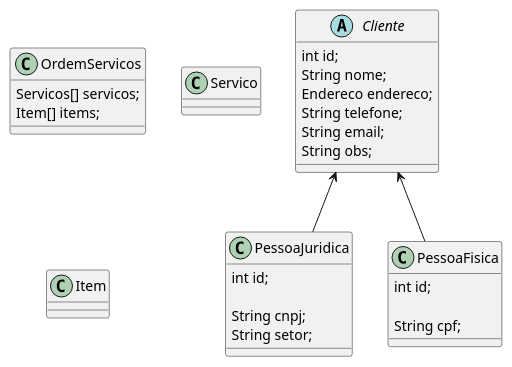
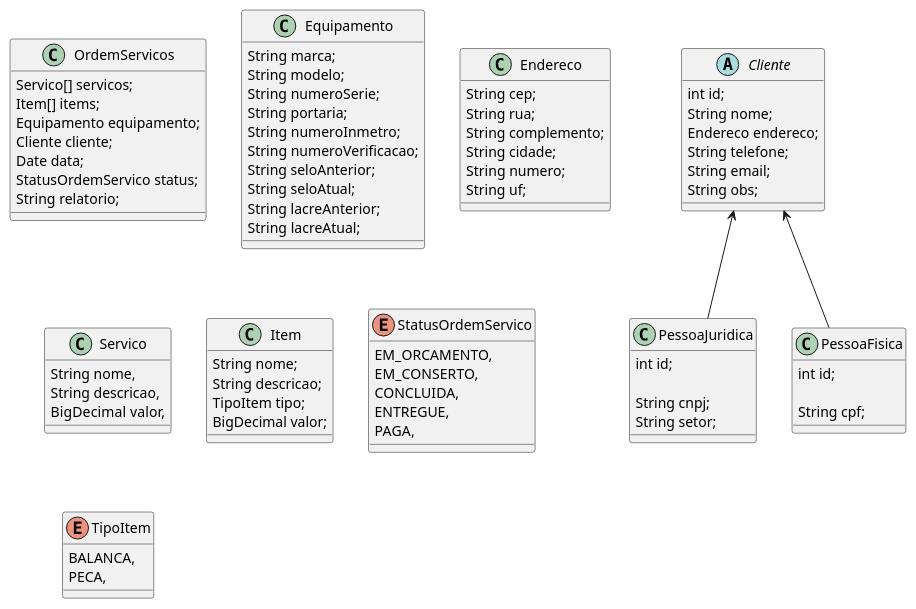
The diagram in diagramas/class-diagram.puml (CS-PI-2026-Argonautas/docs), drawn with PlantUML before and after one commit.

Commit message:
feat(class-diagram): added class attributes

```diff
--- a/diagramas/class-diagram.puml
+++ b/diagramas/class-diagram.puml
@@ -1,43 +1,87 @@
 @startuml class
 
 abstract class Cliente{
   int id;
   String nome;
   Endereco endereco;
   String telefone;
   String email;
   String obs;
 
 }
 
 class PessoaJuridica {
   int id;
   
   String cnpj;
   String setor;
 }
 
 class PessoaFisica{
   int id;
 
   String cpf;
 }
 
 class OrdemServicos{
-  Servicos[] servicos;
+  Servico[] servicos;
   Item[] items;
+  Equipamento equipamento;
+  Cliente cliente;
+  Date data;
+  StatusOrdemServico status;
+  String relatorio;
+}
 
+class Equipamento {
+  String marca;
+  String modelo;
+  String numeroSerie;
+  String portaria;
+  String numeroInmetro;
+  String numeroVerificacao;
+  String seloAnterior;
+  String seloAtual;
+  String lacreAnterior;
+  String lacreAtual;
+}
+
+class Endereco {
+  String cep;
+  String rua;
+  String complemento;
+  String cidade;
+  String numero;
+  String uf;
 }
 
 class Servico{
-
+  String nome,
+  String descricao,
+  BigDecimal valor,
 }
 
 class Item{
-  
+  String nome;
+  String descricao;
+  TipoItem tipo;
+  BigDecimal valor;
+}
+
+enum StatusOrdemServico {
+  EM_ORCAMENTO, 
+  EM_CONSERTO,
+  CONCLUIDA,
+  ENTREGUE,
+  PAGA,
+}
+
+enum TipoItem {
+  BALANCA,
+  PECA,
 }
 
 Cliente <-- PessoaFisica
 Cliente <-- PessoaJuridica
 
 @enduml
```
